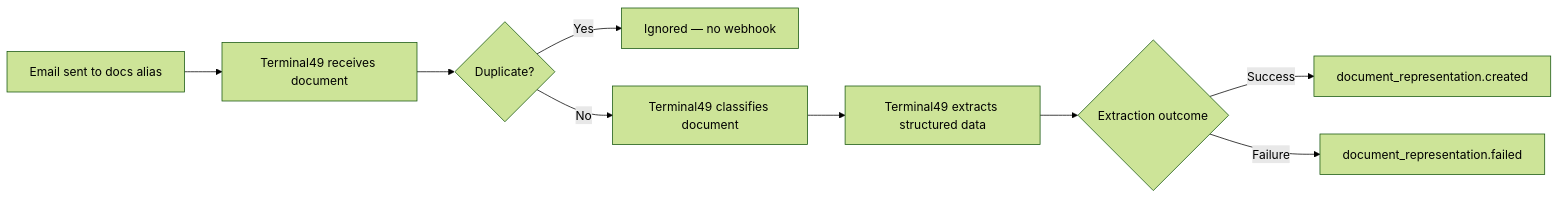
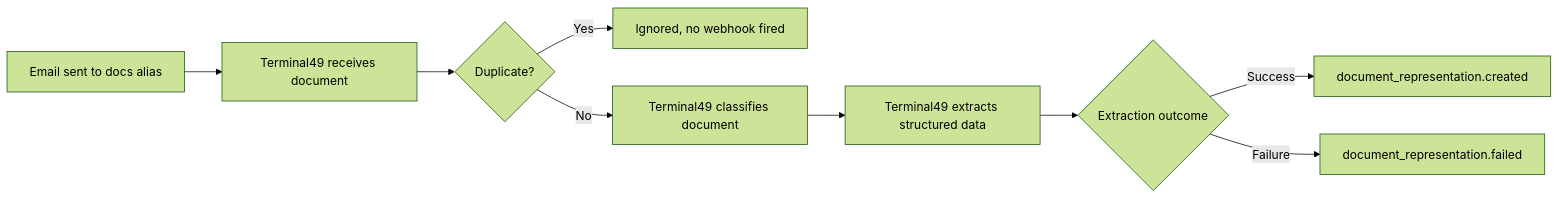
The diagram in docs/api-docs/in-depth-guides/document-processing-workflows.mdx (Terminal49/API), drawn with Mermaid (forest theme) before and after one commit. The commit also changed other lines of this file, not shown here.

````diff
--- a/docs/api-docs/in-depth-guides/document-processing-workflows.mdx
+++ b/docs/api-docs/in-depth-guides/document-processing-workflows.mdx
@@ -128,11 +128,11 @@
 ```mermaid
 flowchart LR
     A[Email sent to docs alias] --> B[Terminal49 receives document]
     B --> C{Duplicate?}
-    C -- Yes --> Z[Ignored — no webhook]
+    C -- Yes --> Z[Ignored, no webhook fired]
     C -- No --> D[Terminal49 classifies document]
     D --> E[Terminal49 extracts structured data]
     E --> F{Extraction outcome}
     F -- Success --> G[document_representation.created]
     F -- Failure --> H[document_representation.failed]
 ```
````
